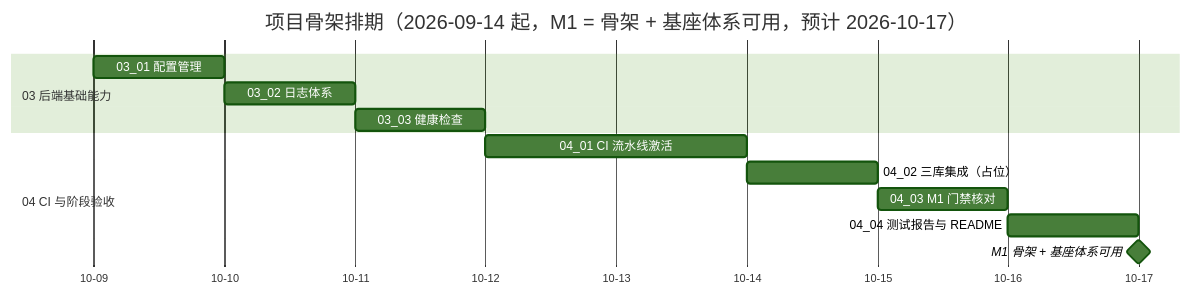
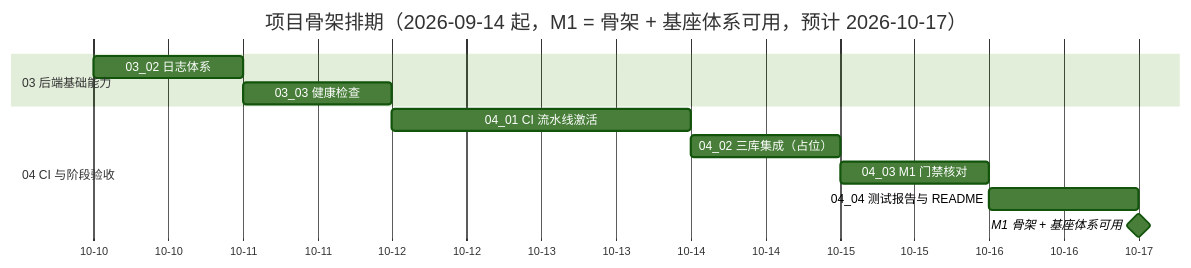
One commit to minjian123/basic-management-system changed the diagram in bms文档/项目/01_项目骨架/计划/01_计划_项目骨架.md. Above: the diagram before and after it, drawn with Mermaid (forest theme). The commit also changed other lines of this file and 8 other files, not shown here.

````diff
--- a/bms文档/项目/01_项目骨架/计划/01_计划_项目骨架.md
+++ b/bms文档/项目/01_项目骨架/计划/01_计划_项目骨架.md
@@ -112,16 +112,15 @@
 ```mermaid
 gantt
     title 项目骨架排期（2026-09-14 起，M1 = 骨架 + 基座体系可用，预计 2026-10-17）
     dateFormat  YYYY-MM-DD
     axisFormat %m-%d
     section 03 后端基础能力
-    03_01 配置管理         :a31, 2026-10-09, 1d
     03_02 日志体系         :a32, 2026-10-10, 1d
     03_03 健康检查         :a33, 2026-10-11, 1d
     section 04 CI 与阶段验收
     04_01 CI 流水线激活    :a41, 2026-10-12, 2d
     04_02 三库集成（占位） :a42, 2026-10-14, 1d
     04_03 M1 门禁核对      :a43, 2026-10-15, 1d
     04_04 测试报告与 README :a44, 2026-10-16, 1d
     M1 骨架 + 基座体系可用 :milestone, m1, 2026-10-17, 0d
 ```
````
